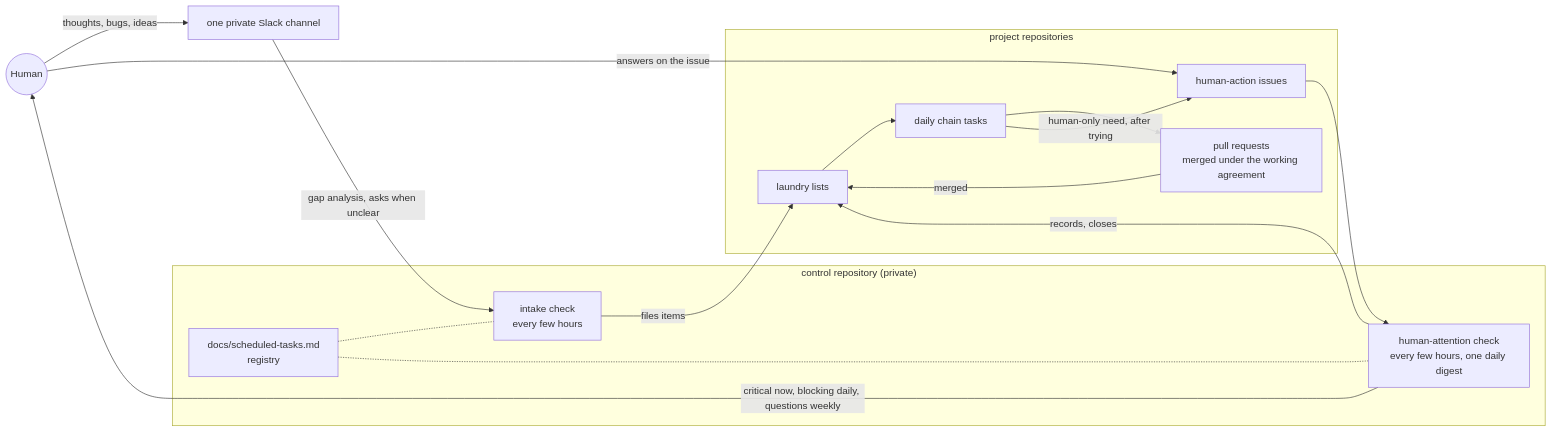
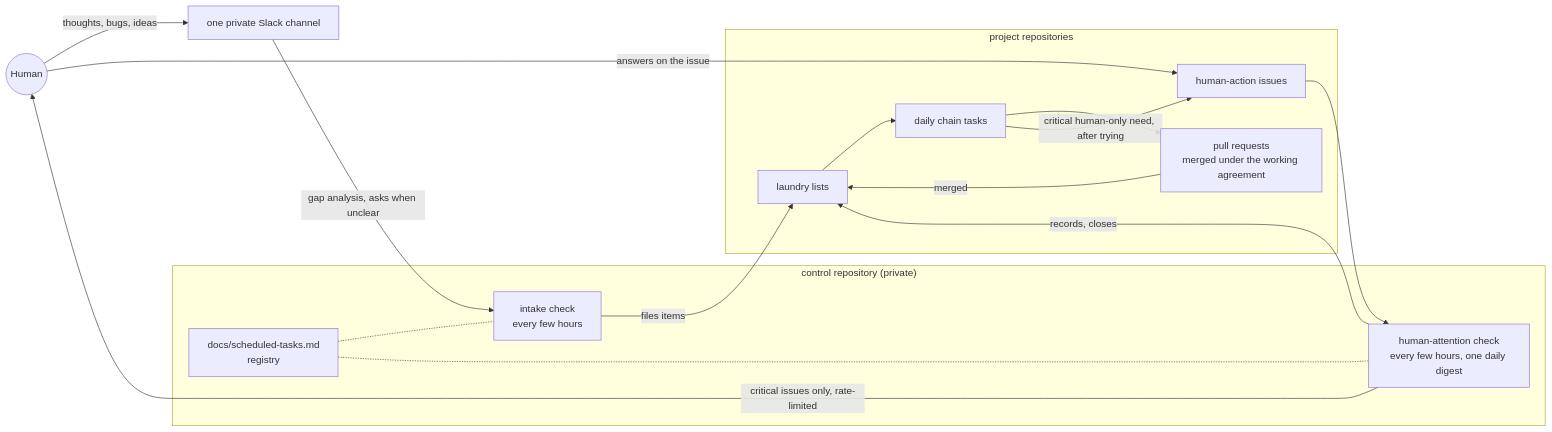
Before and after one commit to matheo-lm/loop-kit: the diagram in README.md, drawn with Mermaid. The commit also changed other lines of this file and 8 other files, not shown here.

First line of the commit message:
docs: human attention asked live or recorded; issues for critical only (#16)

````diff
--- a/README.md
+++ b/README.md
@@ -42,26 +42,26 @@
 ```mermaid
 flowchart LR
   H(("Human"))
   CH["one private Slack channel"]
   subgraph CT["control repository (private)"]
     IN["intake check<br/>every few hours"]
     AT["human-attention check<br/>every few hours, one daily digest"]
     REG["docs/scheduled-tasks.md<br/>registry"]
   end
   subgraph REPOS["project repositories"]
     LL["laundry lists"]
     CHN["daily chain tasks"]
     PR["pull requests<br/>merged under the working agreement"]
     HA["human-action issues"]
   end
   H -->|"thoughts, bugs, ideas"| CH
   CH -->|"gap analysis, asks when unclear"| IN
   IN -->|"files items"| LL
   LL --> CHN --> PR -->|"merged"| LL
-  CHN -->|"human-only need, after trying"| HA
-  HA --> AT -->|"critical now, blocking daily, questions weekly"| H
+  CHN -->|"critical human-only need, after trying"| HA
+  HA --> AT -->|"critical issues only, rate-limited"| H
   H -->|"answers on the issue"| HA
   AT -->|"records, closes"| LL
   REG -.- IN
   REG -.- AT
 ```
````
